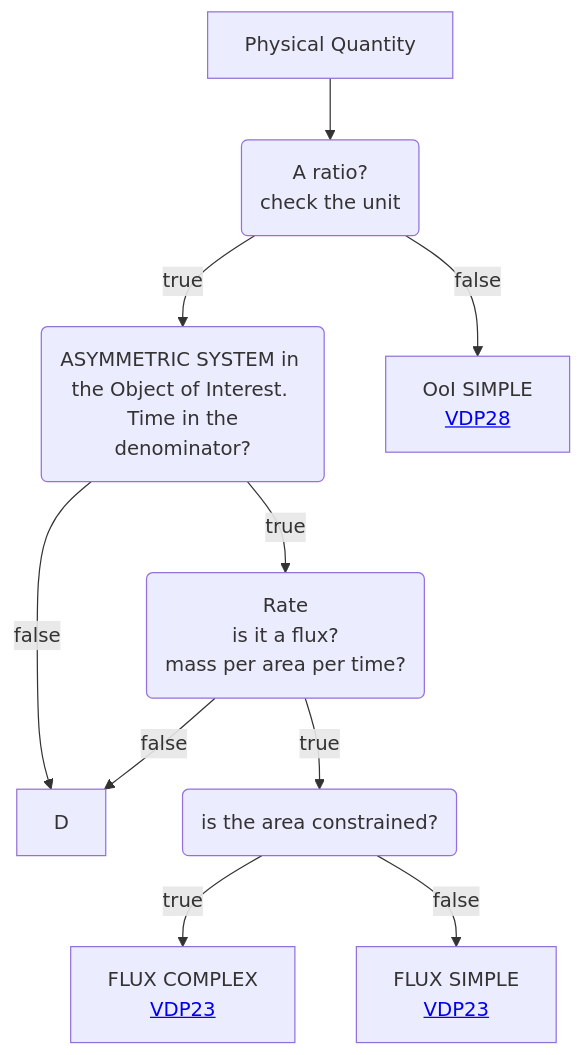
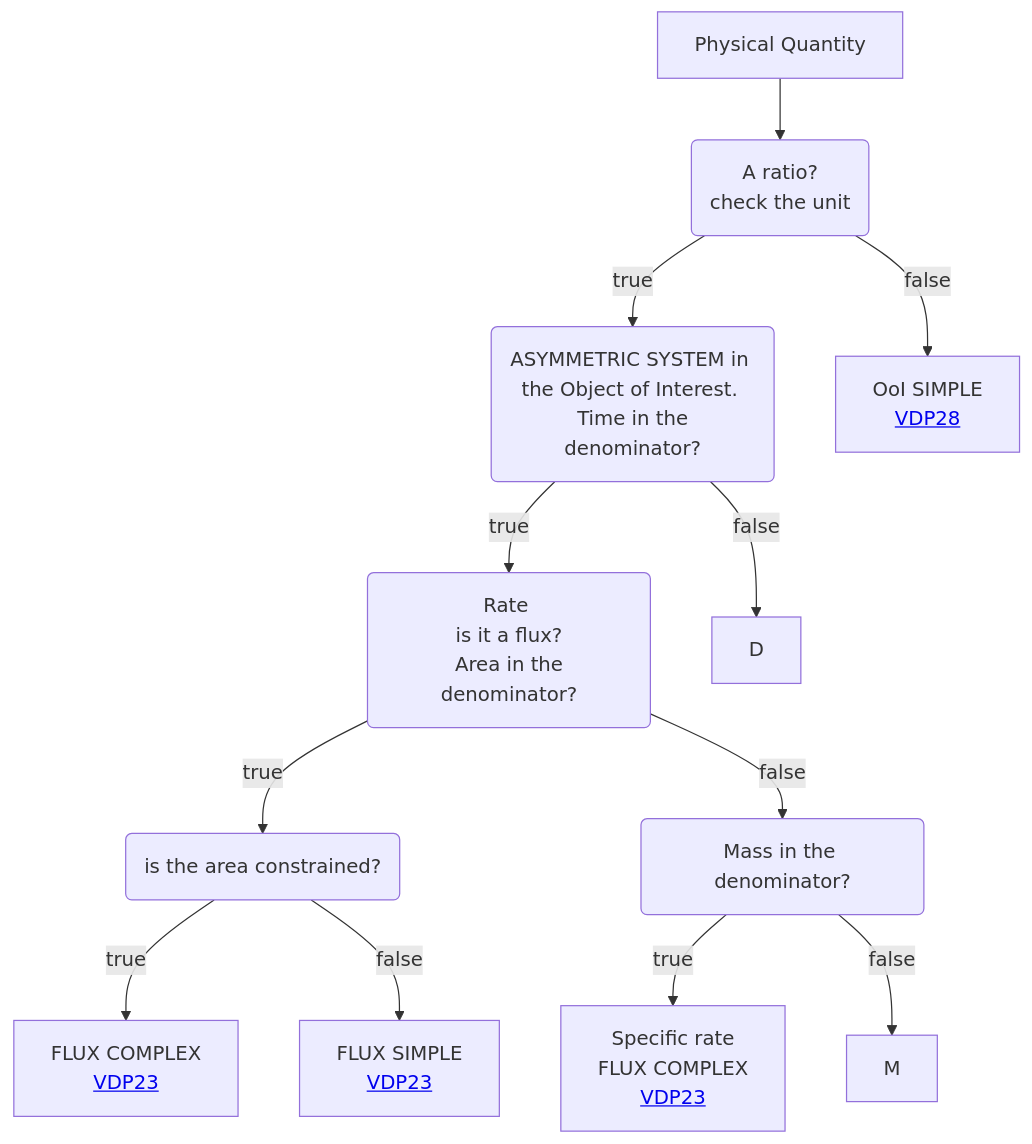
One commit to mabablue/I-ADOPT-patterns-playground changed the diagram in Decisition_trees/DT2.mmd. Above: the diagram before and after it, drawn with Mermaid.

```diff
--- a/Decisition_trees/DT2.mmd
+++ b/Decisition_trees/DT2.mmd
@@ -1,10 +1,12 @@
 flowchart TD
     A[Physical Quantity] --> B(A ratio?<br>check the unit)
     B --> |true|C(ASYMMETRIC SYSTEM in the Object of Interest. <br> Time in the denominator?) 
     B --> |false|I[OoI SIMPLE <br> <a href='https://github.com/mabablue/I-ADOPT-patterns-playground/blob/main/pattern/VDP28.yaml'>VDP28</a>]
-    C --> |true|E(Rate <br> is it a flux? <br> mass per area per time?)
+    C --> |true|E(Rate <br> is it a flux? <br> Area in the denominator?)
     C --> |false|D
     E --> |true|F(is the area constrained?)
-    E --> |false|D
+    E --> |false|K(Mass in the denominator?) 
     F --> |true|G[FLUX COMPLEX <br> <a href='https://github.com/mabablue/I-ADOPT-patterns-playground/blob/main/pattern/VDP23.yaml'>VDP23</a>]
     F --> |false|H[FLUX SIMPLE <br> <a href='https://github.com/mabablue/I-ADOPT-patterns-playground/blob/main/pattern/VDP18.yaml'>VDP23</a>]
+    K --> |true|L[Specific rate <br> FLUX COMPLEX <br> <a href='https://github.com/mabablue/I-ADOPT-patterns-playground/blob/main/pattern/VDP23.yaml'>VDP23</a>]
+    K --> |false|M
```
